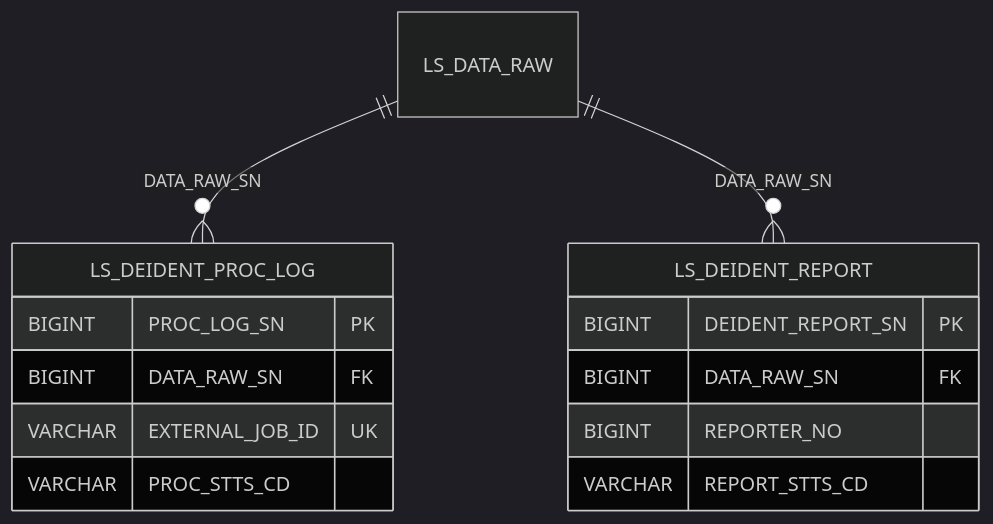
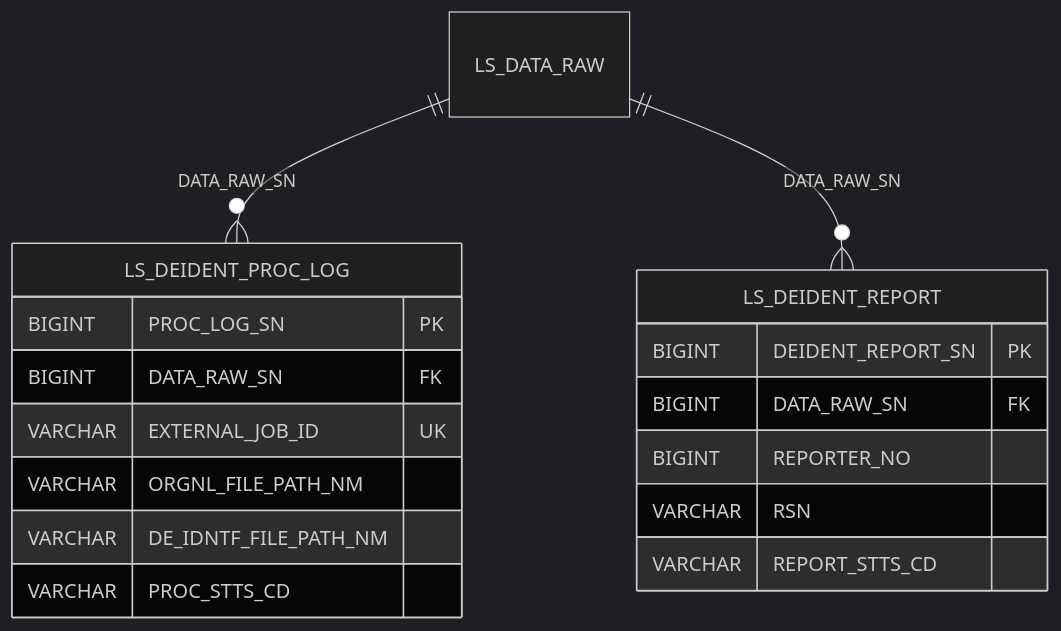
The fifth of 12 diagrams in docs/design/D8-엔티티관계모형설계서.md (New-stella/klid-label), drawn with Mermaid (dark theme) before and after one commit. The commit also changed other lines of this file and 36 other files, not shown here.

````diff
--- a/docs/design/D8-엔티티관계모형설계서.md
+++ b/docs/design/D8-엔티티관계모형설계서.md
@@ -171,18 +206,21 @@
 ```mermaid
 erDiagram
     LS_DATA_RAW ||--o{ LS_DEIDENT_PROC_LOG : "DATA_RAW_SN"
     LS_DATA_RAW ||--o{ LS_DEIDENT_REPORT : "DATA_RAW_SN"
 
     LS_DEIDENT_PROC_LOG {
         BIGINT PROC_LOG_SN PK
         BIGINT DATA_RAW_SN FK
         VARCHAR EXTERNAL_JOB_ID UK
+        VARCHAR ORGNL_FILE_PATH_NM
+        VARCHAR DE_IDNTF_FILE_PATH_NM
         VARCHAR PROC_STTS_CD
     }
     LS_DEIDENT_REPORT {
         BIGINT DEIDENT_REPORT_SN PK
         BIGINT DATA_RAW_SN FK
         BIGINT REPORTER_NO
+        VARCHAR RSN
         VARCHAR REPORT_STTS_CD
     }
 ```
````
